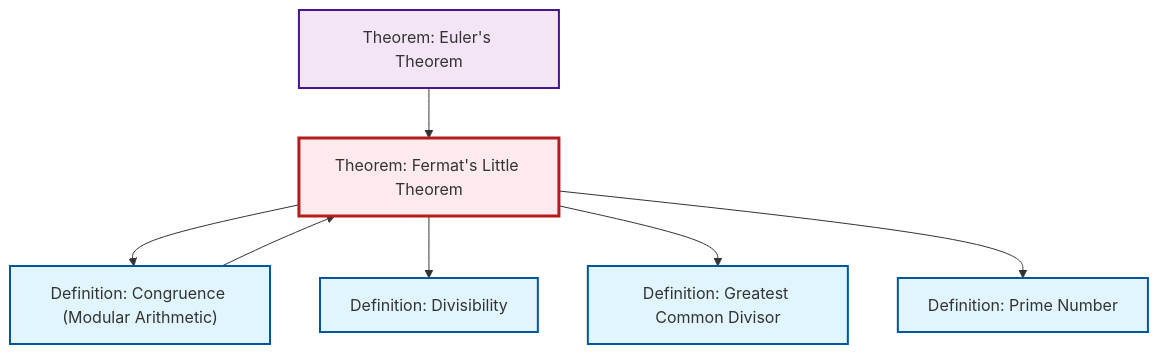
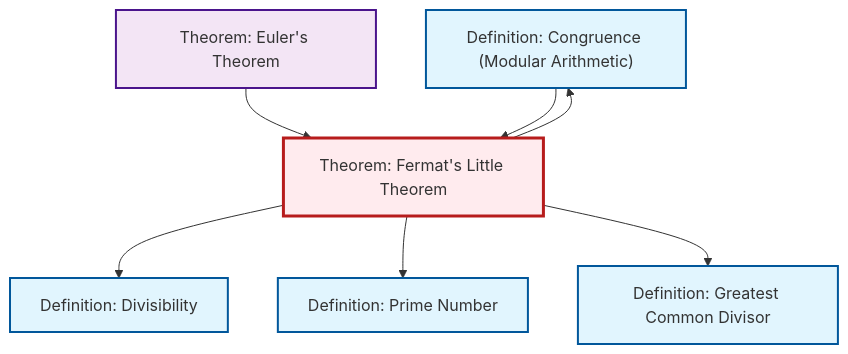
The diagram in content/en/number-theory/thm-fermat-little.qmd (RK0429/ModernMath), drawn with Mermaid before and after one commit. The commit also changed other lines of this file and 619 other files, not shown here.

First line of the commit message:
feat: Add LCM (Least Common Multiple) definition with comprehensive cross-references

````diff
--- a/content/en/number-theory/thm-fermat-little.qmd
+++ b/content/en/number-theory/thm-fermat-little.qmd
@@ -90,27 +90,27 @@
 ```{mermaid}
 %%| fig-cap: "Local dependency graph"
 graph TD
     classDef definition fill:#e1f5fe,stroke:#01579b,stroke-width:2px
     classDef theorem fill:#f3e5f5,stroke:#4a148c,stroke-width:2px
     classDef axiom fill:#fff3e0,stroke:#e65100,stroke-width:2px
     classDef example fill:#e8f5e9,stroke:#1b5e20,stroke-width:2px
     classDef current fill:#ffebee,stroke:#b71c1c,stroke-width:3px
+    def-congruence["Definition: Congruence (Modular Arithmetic)"]:::definition
+    def-gcd["Definition: Greatest Common Divisor"]:::definition
+    def-divisibility["Definition: Divisibility"]:::definition
+    def-prime["Definition: Prime Number"]:::definition
     thm-euler["Theorem: Euler's Theorem"]:::theorem
-    def-gcd["Definition: Greatest Common Divisor"]:::definition
-    def-congruence["Definition: Congruence (Modular Arithmetic)"]:::definition
     thm-fermat-little["Theorem: Fermat's Little Theorem"]:::theorem
-    def-prime["Definition: Prime Number"]:::definition
-    def-divisibility["Definition: Divisibility"]:::definition
-    thm-fermat-little --> def-congruence
+    thm-euler --> thm-fermat-little
     thm-fermat-little --> def-divisibility
     def-congruence --> thm-fermat-little
-    thm-euler --> thm-fermat-little
+    thm-fermat-little --> def-prime
+    thm-fermat-little --> def-congruence
     thm-fermat-little --> def-gcd
-    thm-fermat-little --> def-prime
     class thm-fermat-little current
+    click def-congruence "def-congruence.html" "Go to Congruence (Modular Arithmetic) definition"
+    click def-gcd "def-gcd.html" "Go to Greatest Common Divisor definition"
+    click def-divisibility "def-divisibility.html" "Go to Divisibility definition"
+    click def-prime "def-prime.html" "Go to Prime Number definition"
     click thm-euler "thm-euler.html" "Go to Euler's Theorem theorem"
-    click def-gcd "def-gcd.html" "Go to Greatest Common Divisor definition"
-    click def-congruence "def-congruence.html" "Go to Congruence (Modular Arithmetic) definition"
-    click def-prime "def-prime.html" "Go to Prime Number definition"
-    click def-divisibility "def-divisibility.html" "Go to Divisibility definition"
 ```
````
